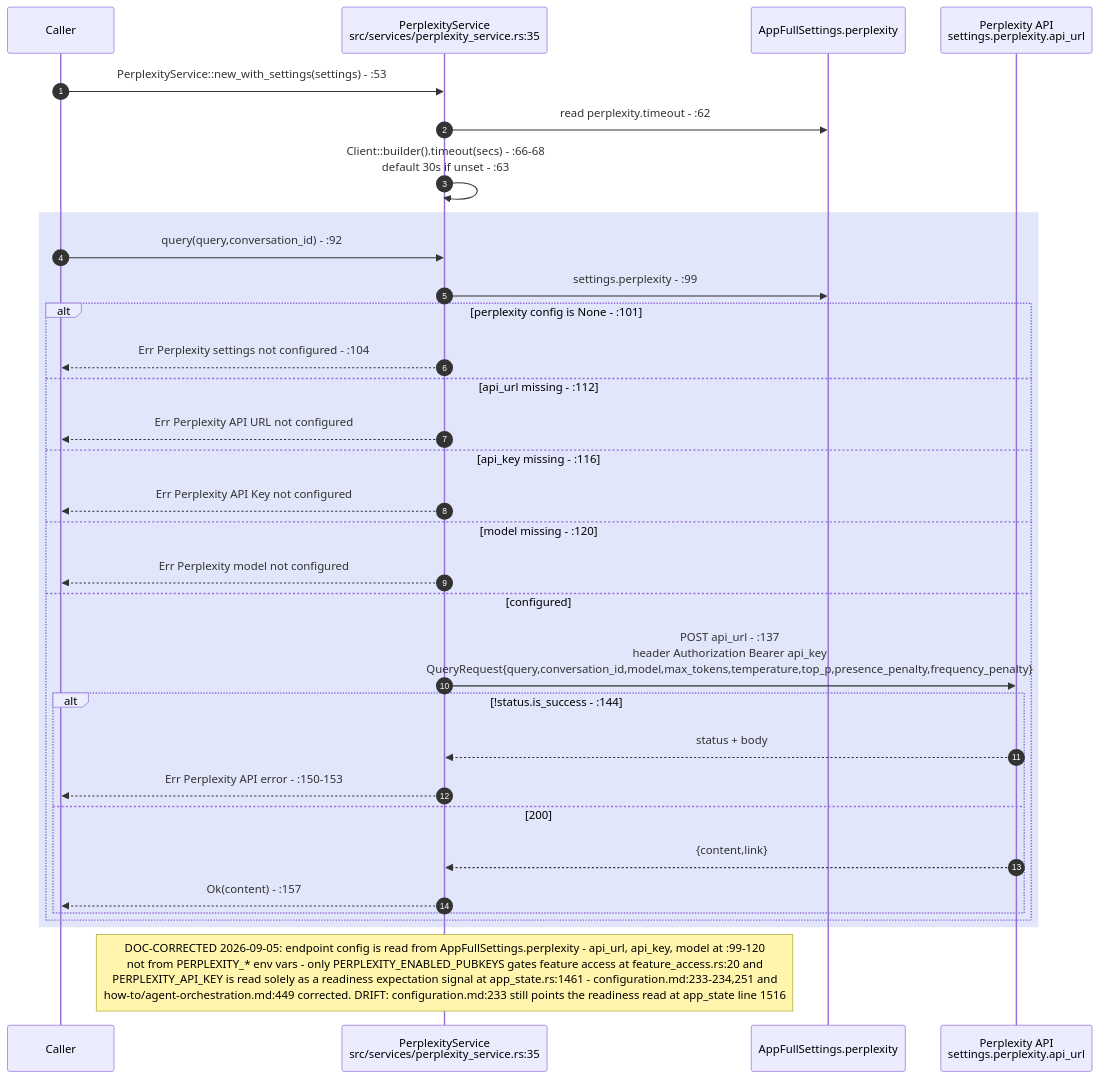
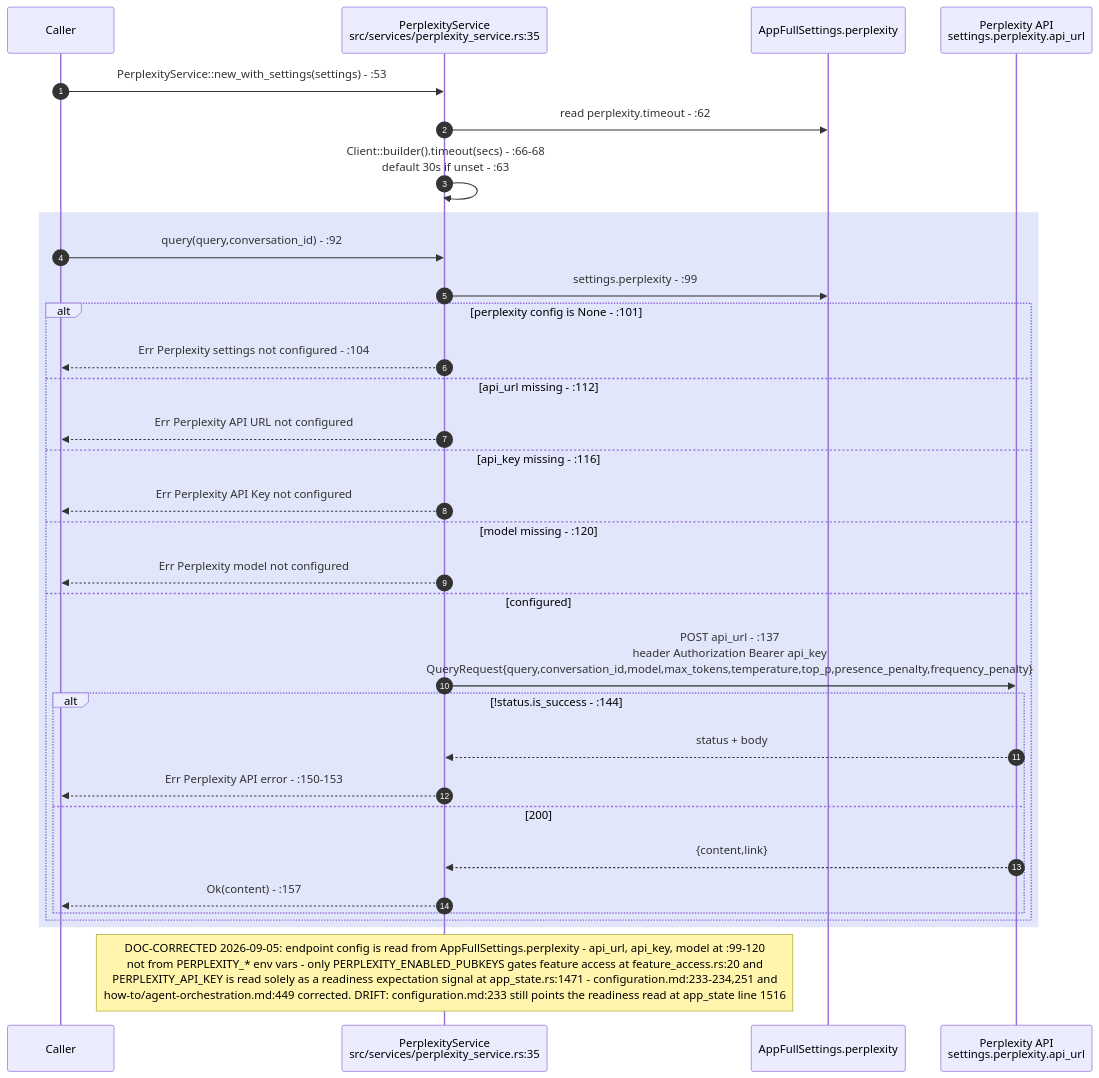
Before and after one commit to DreamLab-AI/VisionFlow: the third of 8 diagrams in docs/diagrams/visionclaw/28-external-services.md, drawn with Mermaid. The commit also changed other lines of this file and 81 other files, not shown here.

First line of the commit message:
docs(diagrams): roll VisionClaw topics to main 010e1109b (PR 37 and 38 merged); fix remaining prose citations

````diff
--- a/docs/diagrams/visionclaw/28-external-services.md
+++ b/docs/diagrams/visionclaw/28-external-services.md
@@ -149,36 +149,36 @@
 ```mermaid
 sequenceDiagram
     autonumber
     participant Caller
     participant PS as PerplexityService<br/>src/services/perplexity_service.rs:35
     participant SET as AppFullSettings.perplexity
     participant PX as Perplexity API<br/>settings.perplexity.api_url
 
     Caller->>PS: PerplexityService::new_with_settings(settings) - :53
     PS->>SET: read perplexity.timeout - :62
     PS->>PS: Client::builder().timeout(secs) - :66-68<br/>default 30s if unset - :63
 
     rect rgb(225,230,250)
     Caller->>PS: query(query,conversation_id) - :92
     PS->>SET: settings.perplexity - :99
     alt perplexity config is None - :101
         PS-->>Caller: Err Perplexity settings not configured - :104
     else api_url missing - :112
         PS-->>Caller: Err Perplexity API URL not configured
     else api_key missing - :116
         PS-->>Caller: Err Perplexity API Key not configured
     else model missing - :120
         PS-->>Caller: Err Perplexity model not configured
     else configured
         PS->>PX: POST api_url - :137<br/>header Authorization Bearer api_key<br/>QueryRequest{query,conversation_id,model,max_tokens,temperature,top_p,presence_penalty,frequency_penalty}
         alt !status.is_success - :144
             PX-->>PS: status + body
             PS-->>Caller: Err Perplexity API error - :150-153
         else 200
             PX-->>PS: {content,link}
             PS-->>Caller: Ok(content) - :157
         end
     end
     end
-    Note over PS: DOC-CORRECTED 2026-09-05: endpoint config is read from AppFullSettings.perplexity - api_url, api_key, model at :99-120<br/>not from PERPLEXITY_* env vars - only PERPLEXITY_ENABLED_PUBKEYS gates feature access at feature_access.rs:20 and<br/>PERPLEXITY_API_KEY is read solely as a readiness expectation signal at app_state.rs:1461 - configuration.md:233-234,251 and<br/>how-to/agent-orchestration.md:449 corrected. DRIFT: configuration.md:233 still points the readiness read at app_state line 1516
+    Note over PS: DOC-CORRECTED 2026-09-05: endpoint config is read from AppFullSettings.perplexity - api_url, api_key, model at :99-120<br/>not from PERPLEXITY_* env vars - only PERPLEXITY_ENABLED_PUBKEYS gates feature access at feature_access.rs:20 and<br/>PERPLEXITY_API_KEY is read solely as a readiness expectation signal at app_state.rs:1471 - configuration.md:233-234,251 and<br/>how-to/agent-orchestration.md:449 corrected. DRIFT: configuration.md:233 still points the readiness read at app_state line 1516
 ```
````
